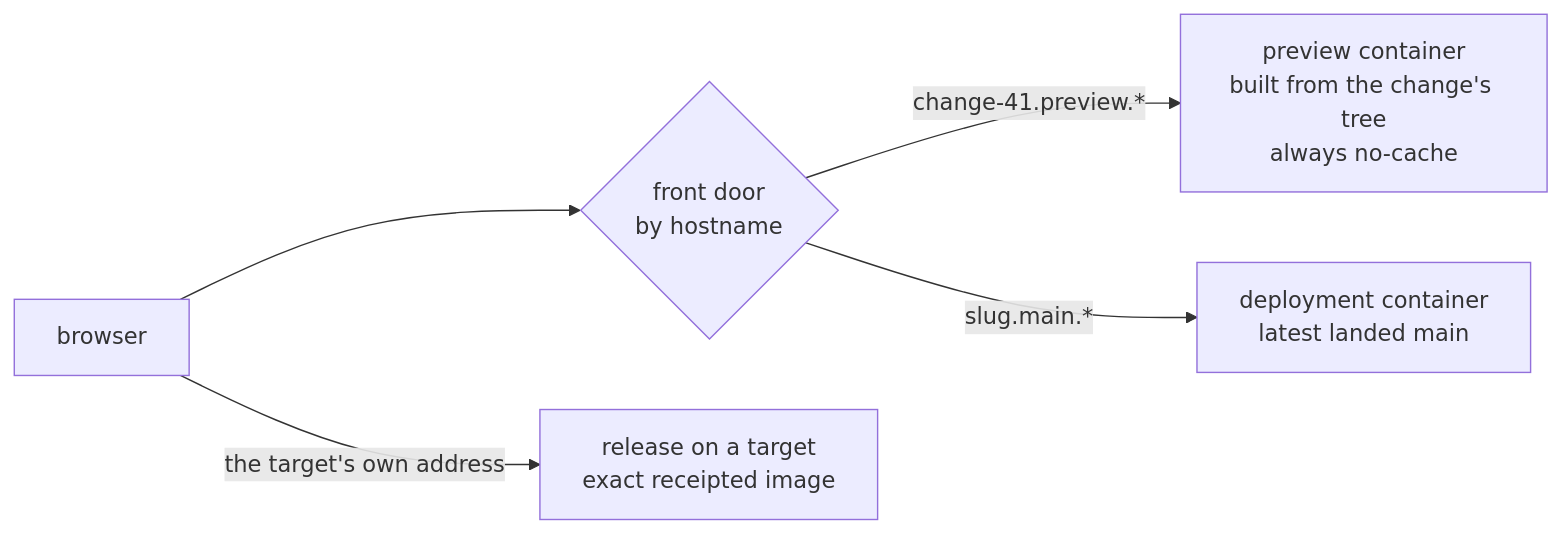
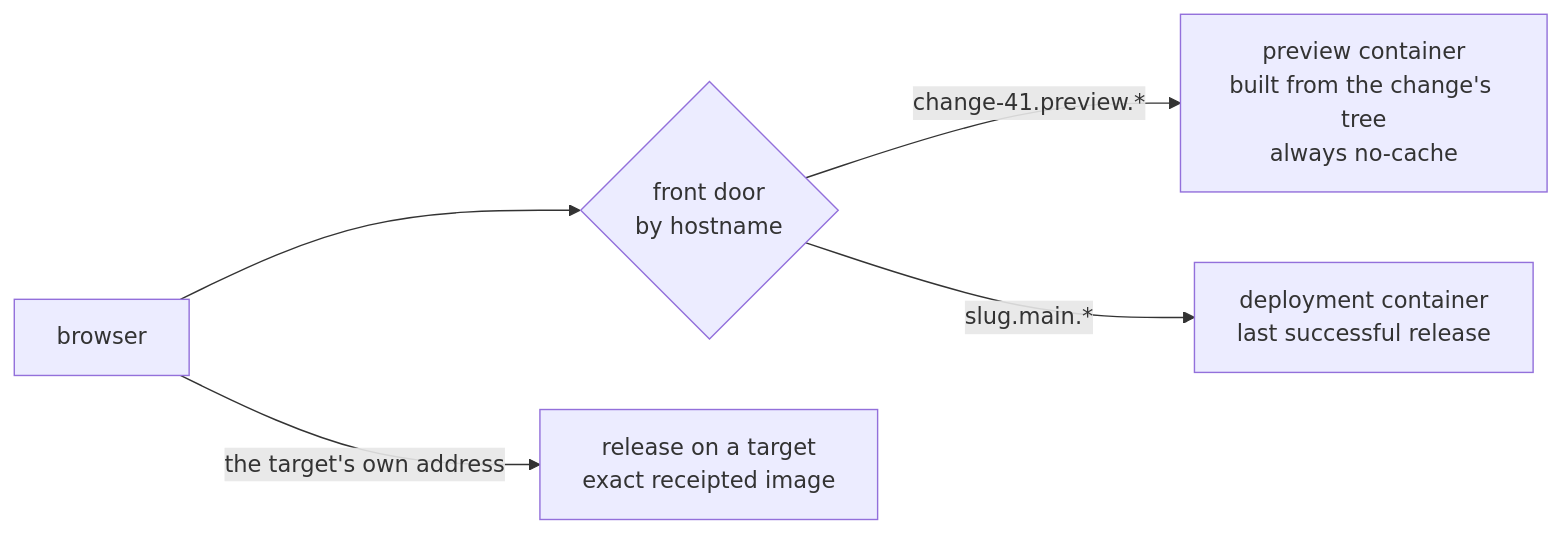
One commit to flokkit/apptown changed diagram 11 of 14 in stock/docs/guides/architecture.md. Above: the diagram before and after it, drawn with Mermaid. The commit also changed other lines of this file and 23 other files, not shown here.

````diff
--- a/stock/docs/guides/architecture.md
+++ b/stock/docs/guides/architecture.md
@@ -474,7 +474,7 @@
 ```mermaid
 flowchart LR
     BR[browser] --> FD{front door<br/>by hostname}
     FD -->|change-41.preview.*| PC[preview container<br/>built from the change's tree<br/>always no-cache]
-    FD -->|slug.main.*| EC[deployment container<br/>latest landed main]
+    FD -->|slug.main.*| EC[deployment container<br/>last successful release]
     BR -->|the target's own address| RC[release on a target<br/>exact receipted image]
 ```
````
